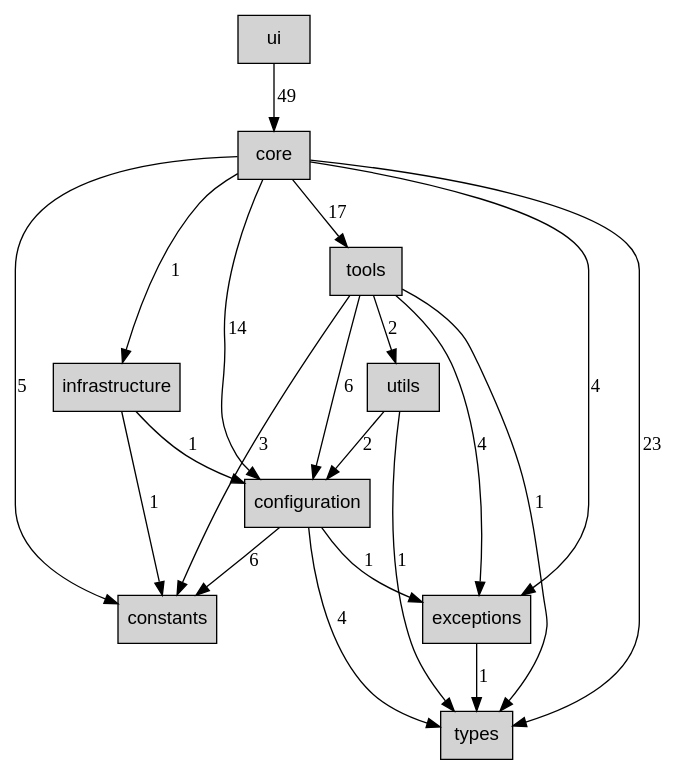
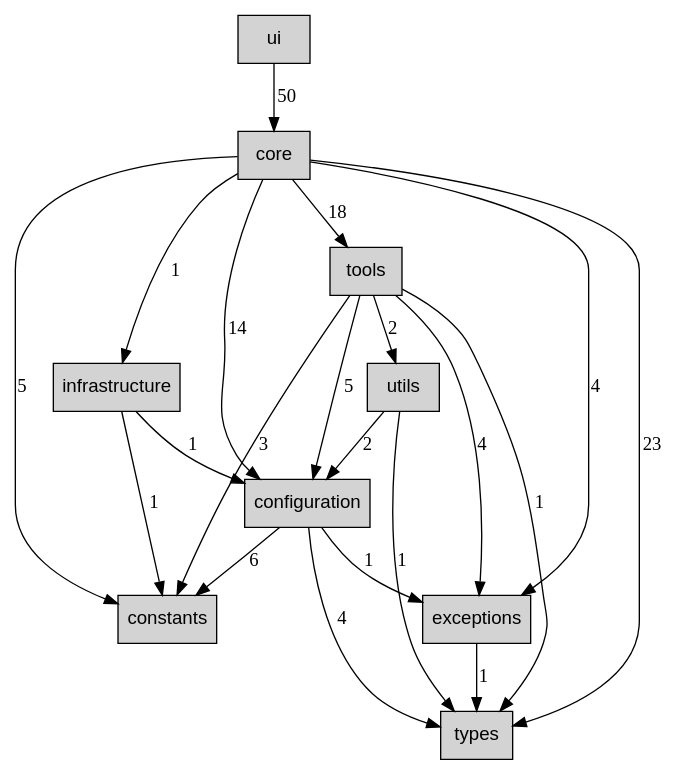
One commit to ryumacodes/tunacode changed the diagram in docs/architecture/DEPENDENCY_LAYERS.dot. Above: the diagram before and after it, drawn with Graphviz. The commit also changed 6 other files, not shown here.

```diff
--- a/docs/architecture/DEPENDENCY_LAYERS.dot
+++ b/docs/architecture/DEPENDENCY_LAYERS.dot
@@ -1,35 +1,35 @@
 digraph tunacode_layers {
   rankdir=TB;
   node [shape=box, style=filled, fontname=Arial];
 
   ui [label="ui"];
   core [label="core"];
   infrastructure [label="infrastructure"];
   tools [label="tools"];
   utils [label="utils"];
   configuration [label="configuration"];
   constants [label="constants"];
   exceptions [label="exceptions"];
   types [label="types"];
 
   configuration -> constants [label="6"];
   configuration -> exceptions [label="1"];
   configuration -> types [label="4"];
   core -> configuration [label="14"];
   core -> constants [label="5"];
   core -> exceptions [label="4"];
   core -> infrastructure [label="1"];
-  core -> tools [label="17"];
+  core -> tools [label="18"];
   core -> types [label="23"];
   exceptions -> types [label="1"];
   infrastructure -> configuration [label="1"];
   infrastructure -> constants [label="1"];
-  tools -> configuration [label="6"];
+  tools -> configuration [label="5"];
   tools -> constants [label="3"];
   tools -> exceptions [label="4"];
   tools -> types [label="1"];
   tools -> utils [label="2"];
-  ui -> core [label="49"];
+  ui -> core [label="50"];
   utils -> configuration [label="2"];
   utils -> types [label="1"];
 }
```
